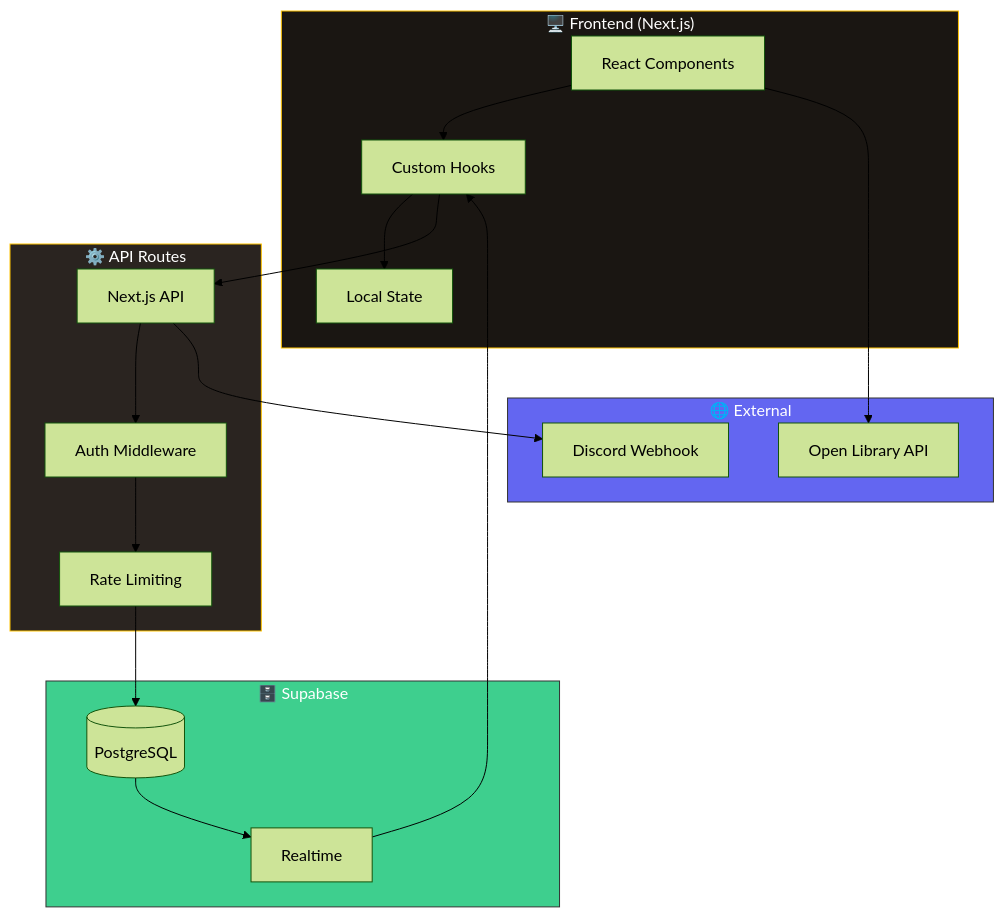
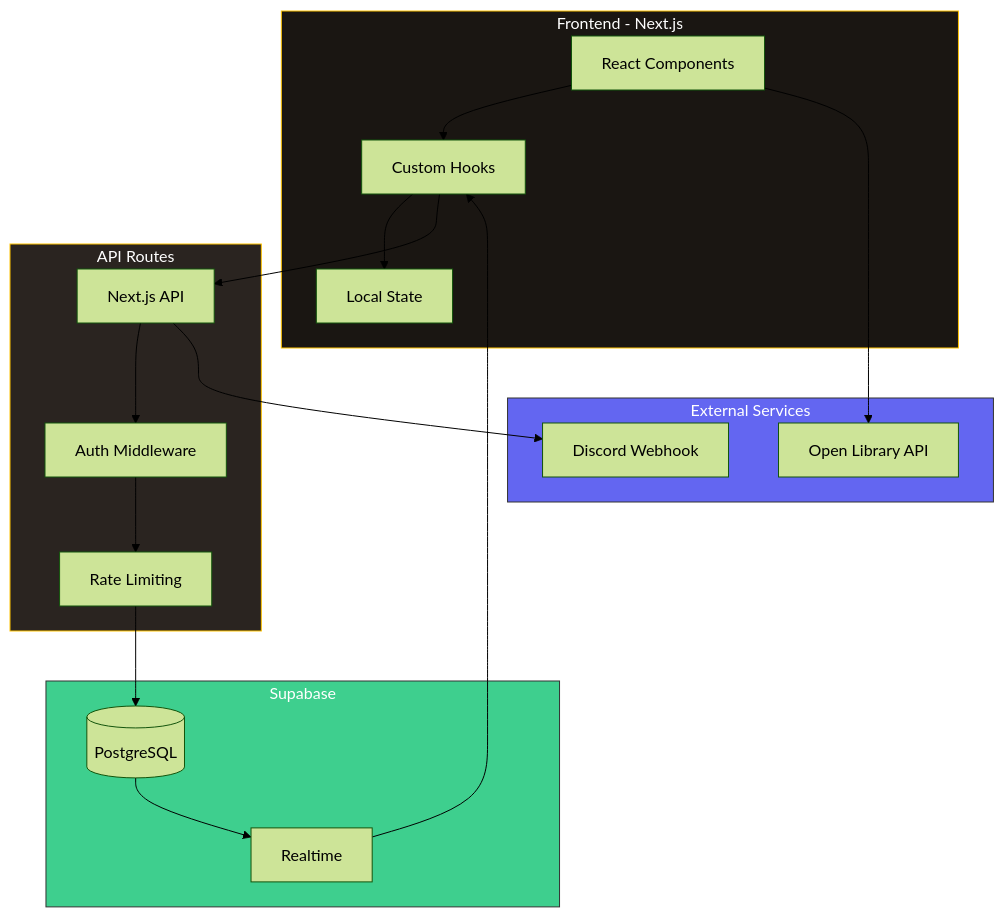
Before and after one commit to DevontiaW/reading-room-template: the second of 3 diagrams in README.md, drawn with Mermaid (forest theme). The commit also changed other lines of this file, not shown here.

Commit message:
Remove emojis, keep diagrams clean

````diff
--- a/README.md
+++ b/README.md
@@ -93,40 +93,40 @@
 ```mermaid
 graph TB
-    subgraph Client["🖥️ Frontend (Next.js)"]
+    subgraph Client["Frontend - Next.js"]
         UI[React Components]
         Hooks[Custom Hooks]
         State[Local State]
     end
 
-    subgraph Backend["⚙️ API Routes"]
+    subgraph Backend["API Routes"]
         API[Next.js API]
         Auth[Auth Middleware]
         Rate[Rate Limiting]
     end
 
-    subgraph Database["🗄️ Supabase"]
+    subgraph Database["Supabase"]
         PG[(PostgreSQL)]
         RT[Realtime]
     end
 
-    subgraph External["🌐 External"]
+    subgraph External["External Services"]
         OL[Open Library API]
         DC[Discord Webhook]
     end
 
     UI --> Hooks
     Hooks --> State
     Hooks --> API
     API --> Auth
     Auth --> Rate
     Rate --> PG
     PG --> RT
     RT --> Hooks
     UI --> OL
     API --> DC
 
     style Client fill:#1a1612,stroke:#FFC300,color:#fff
     style Backend fill:#2a2420,stroke:#FFC300,color:#fff
     style Database fill:#3ecf8e,stroke:#333,color:#fff
     style External fill:#6366F1,stroke:#333,color:#fff
 ```
````
